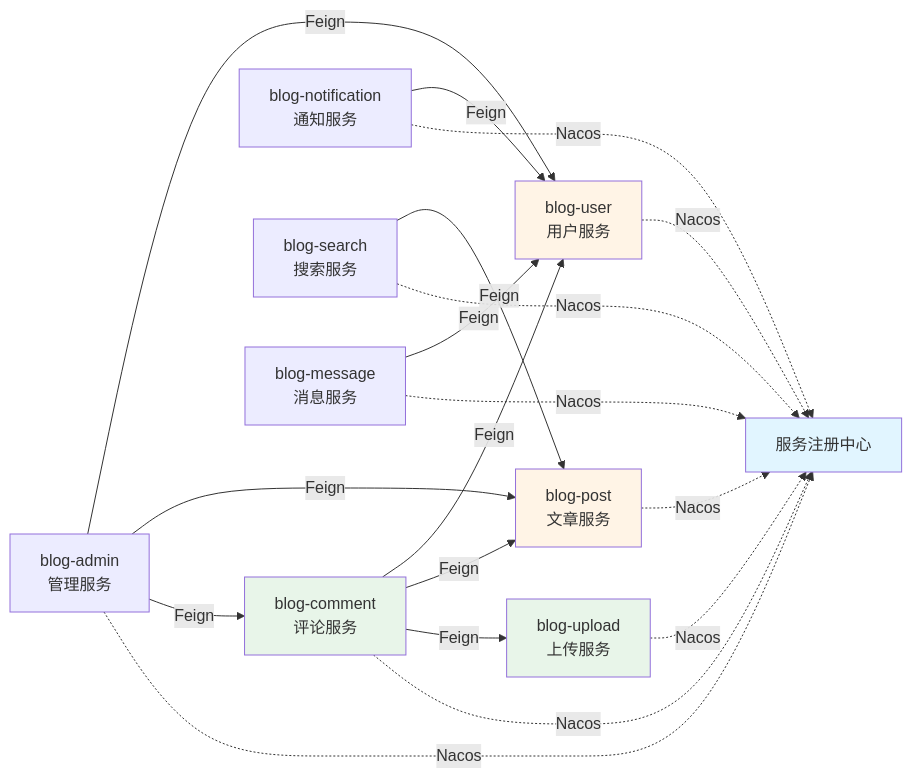
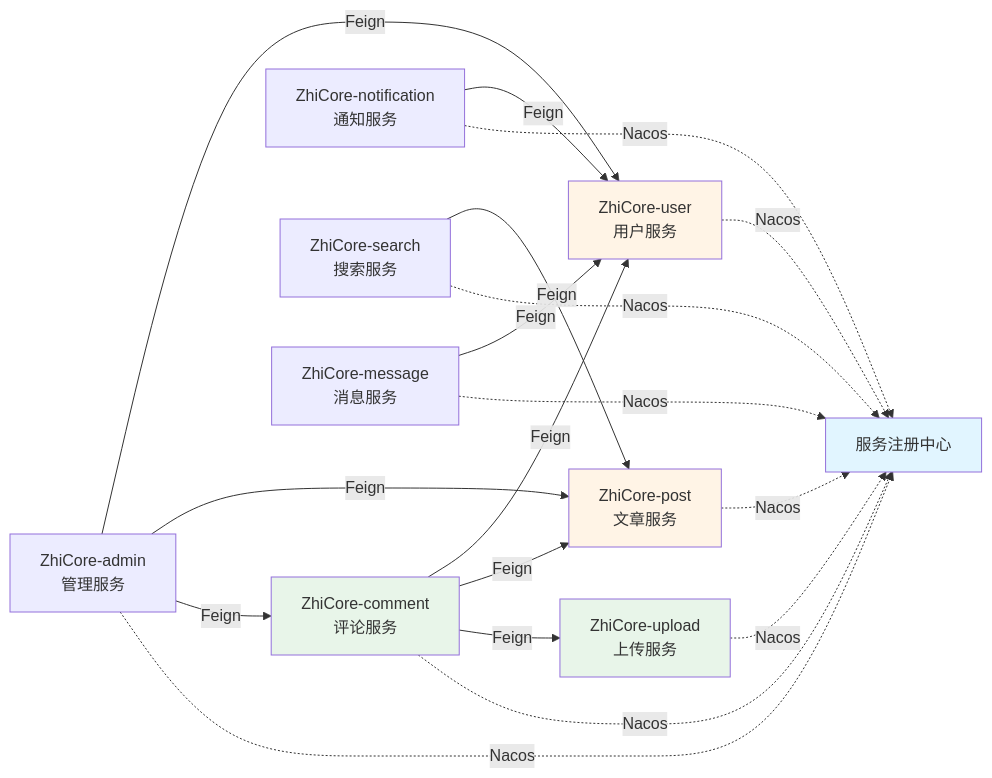
The first of 2 diagrams in docs/architecture/04-service-communication.md (architectcgz/zhicore), drawn with Mermaid before and after one commit. The commit also changed other lines of this file and 1789 other files, not shown here.

````diff
--- a/docs/architecture/04-service-communication.md
+++ b/docs/architecture/04-service-communication.md
@@ -288,31 +288,31 @@
 ```mermaid
 graph LR
-    A[blog-comment<br/>评论服务] -->|Feign| B[blog-user<br/>用户服务]
-    A -->|Feign| C[blog-post<br/>文章服务]
-    A -->|Feign| D[blog-upload<br/>上传服务]
+    A[ZhiCore-comment<br/>评论服务] -->|Feign| B[ZhiCore-user<br/>用户服务]
+    A -->|Feign| C[ZhiCore-post<br/>文章服务]
+    A -->|Feign| D[ZhiCore-upload<br/>上传服务]
     
-    E[blog-notification<br/>通知服务] -->|Feign| B
+    E[ZhiCore-notification<br/>通知服务] -->|Feign| B
     
-    F[blog-search<br/>搜索服务] -->|Feign| C
+    F[ZhiCore-search<br/>搜索服务] -->|Feign| C
     
-    G[blog-message<br/>消息服务] -->|Feign| B
+    G[ZhiCore-message<br/>消息服务] -->|Feign| B
     
-    H[blog-admin<br/>管理服务] -->|Feign| B
+    H[ZhiCore-admin<br/>管理服务] -->|Feign| B
     H -->|Feign| C
     H -->|Feign| A
     
     B -.->|Nacos| I[服务注册中心]
     C -.->|Nacos| I
     A -.->|Nacos| I
     D -.->|Nacos| I
     E -.->|Nacos| I
     F -.->|Nacos| I
     G -.->|Nacos| I
     H -.->|Nacos| I
     
     style I fill:#e1f5ff
     style B fill:#fff4e6
     style C fill:#fff4e6
     style A fill:#e8f5e9
     style D fill:#e8f5e9
 ```
````
